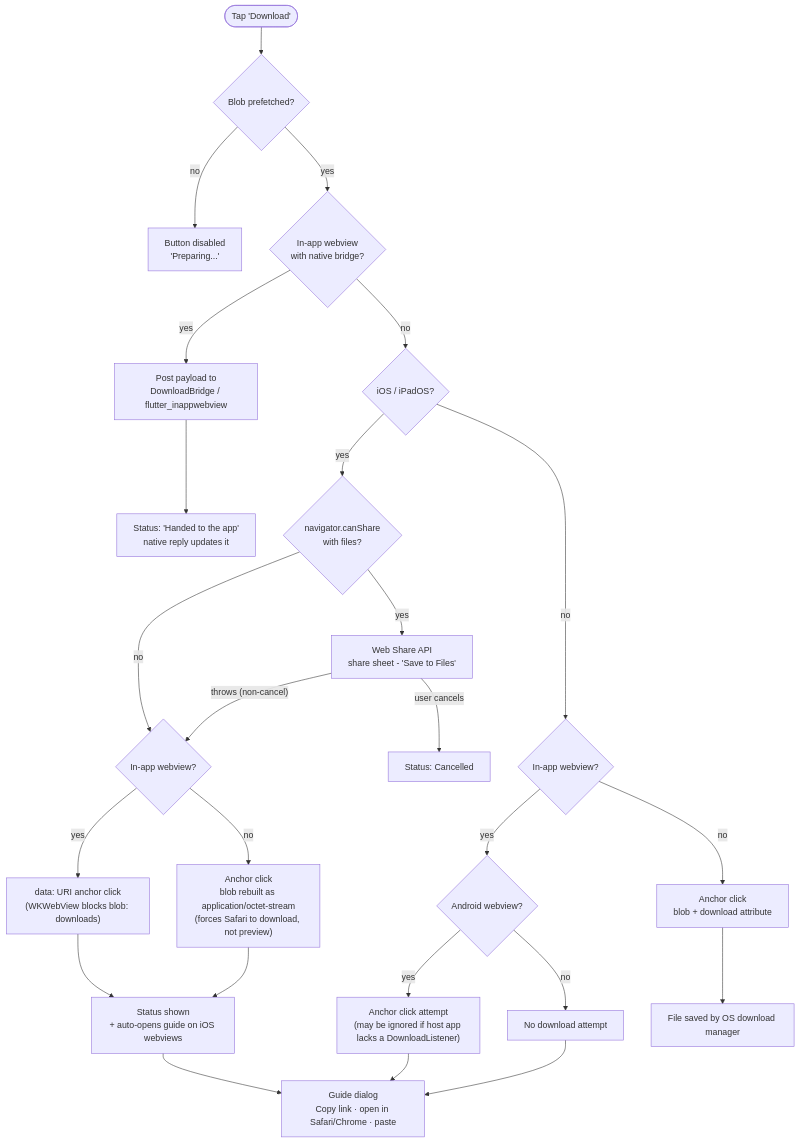
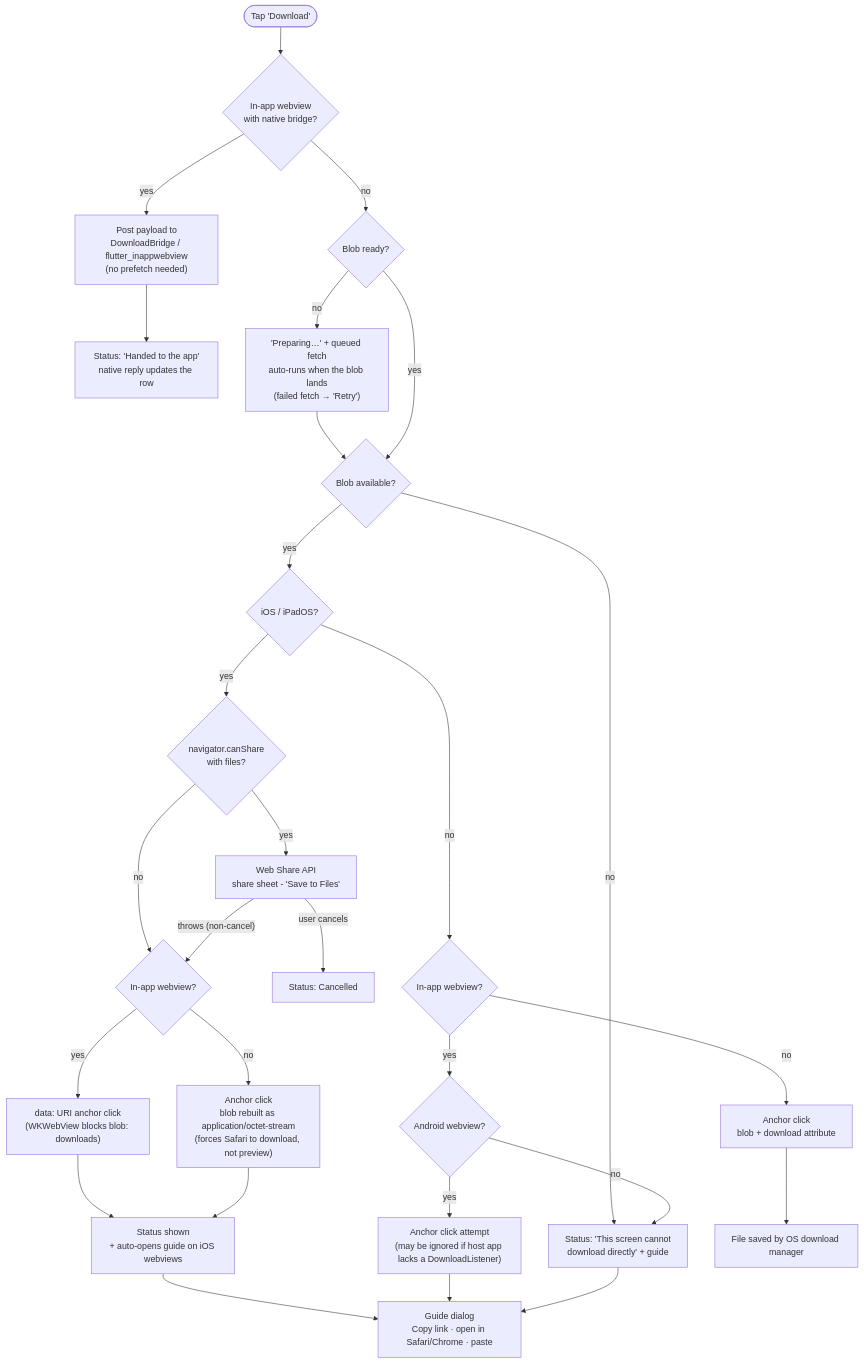
The second of 5 diagrams in docs/download-flow.md (rakuya-khun/file-download-ios-simulation), drawn with Mermaid before and after one commit. The commit also changed other lines of this file and 25 other files, not shown here.

First line of the commit message:
feat: harden download strategy and app-like UI for JSON/PDF

````diff
--- a/docs/download-flow.md
+++ b/docs/download-flow.md
@@ -34,36 +38,39 @@
 ```mermaid
 flowchart TD
-    Start(["Tap 'Download'"]) --> Ready{"Blob prefetched?"}
-    Ready -- "no" --> Preparing["Button disabled<br/>'Preparing...'"]
-    Ready -- "yes" --> BridgeAvail{"In-app webview<br/>with native bridge?"}
+    Start(["Tap 'Download'"]) --> BridgeAvail{"In-app webview<br/>with native bridge?"}
+    BridgeAvail -- "yes" --> BridgePost["Post payload to<br/>DownloadBridge / flutter_inappwebview<br/>(no prefetch needed)"]
+    BridgePost --> BridgeStatus["Status: 'Handed to the app'<br/>native reply updates the row"]
 
-    BridgeAvail -- "yes" --> BridgePost["Post payload to<br/>DownloadBridge / flutter_inappwebview"]
-    BridgePost --> BridgeStatus["Status: 'Handed to the app'<br/>native reply updates it"]
+    BridgeAvail -- "no" --> Ready{"Blob ready?"}
+    Ready -- "no" --> Preparing["'Preparing…' + queued fetch<br/>auto-runs when the blob lands<br/>(failed fetch → 'Retry')"]
+    Preparing --> Ready2{"Blob available?"}
+    Ready -- "yes" --> Ready2
 
-    BridgeAvail -- "no" --> IOS{"iOS / iPadOS?"}
+    Ready2 -- "no" --> GuideOnly["Status: 'This screen cannot<br/>download directly' + guide"]
+    Ready2 -- "yes" --> IOS{"iOS / iPadOS?"}
 
     IOS -- "yes" --> CanShare{"navigator.canShare<br/>with files?"}
     CanShare -- "yes" --> Share["Web Share API<br/>share sheet - 'Save to Files'"]
     CanShare -- "no" --> IOSWV{"In-app webview?"}
     Share -- "user cancels" --> Cancelled["Status: Cancelled"]
     Share -- "throws (non-cancel)" --> IOSWV
 
     IOSWV -- "yes" --> DataURI["data: URI anchor click<br/>(WKWebView blocks blob: downloads)"]
     IOSWV -- "no" --> Octet["Anchor click<br/>blob rebuilt as application/octet-stream<br/>(forces Safari to download, not preview)"]
 
     IOS -- "no" --> WV{"In-app webview?"}
     WV -- "no" --> Anchor["Anchor click<br/>blob + download attribute"]
     WV -- "yes" --> Android{"Android webview?"}
     Android -- "yes" --> AnchorWV["Anchor click attempt<br/>(may be ignored if host app lacks a DownloadListener)"]
-    Android -- "no" --> GuideOnly["No download attempt"]
+    Android -- "no" --> GuideOnly
 
     DataURI --> Uncertain["Status shown<br/>+ auto-opens guide on iOS webviews"]
     Octet --> Uncertain
     Uncertain --> Guide
     AnchorWV --> Guide
     GuideOnly --> Guide
 
     Anchor --> Saved["File saved by OS download manager"]
 
     Guide["Guide dialog<br/>Copy link · open in Safari/Chrome · paste"]
 ```
````
